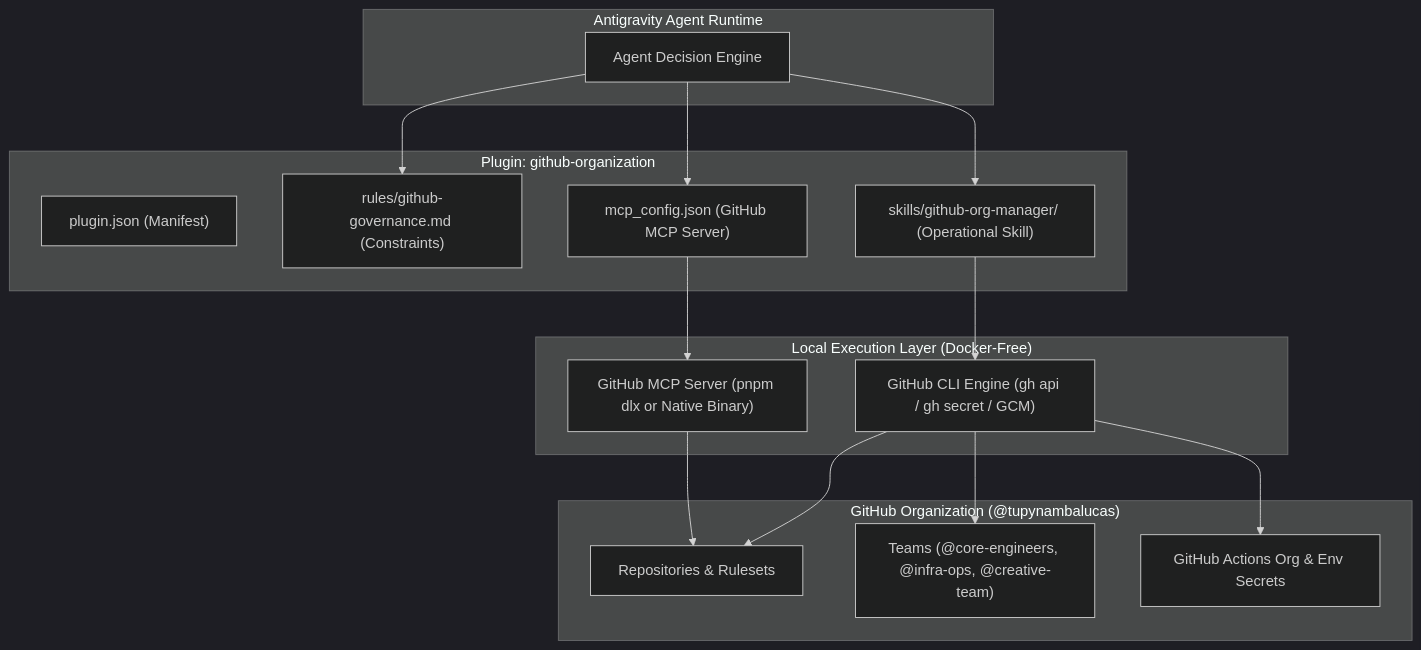
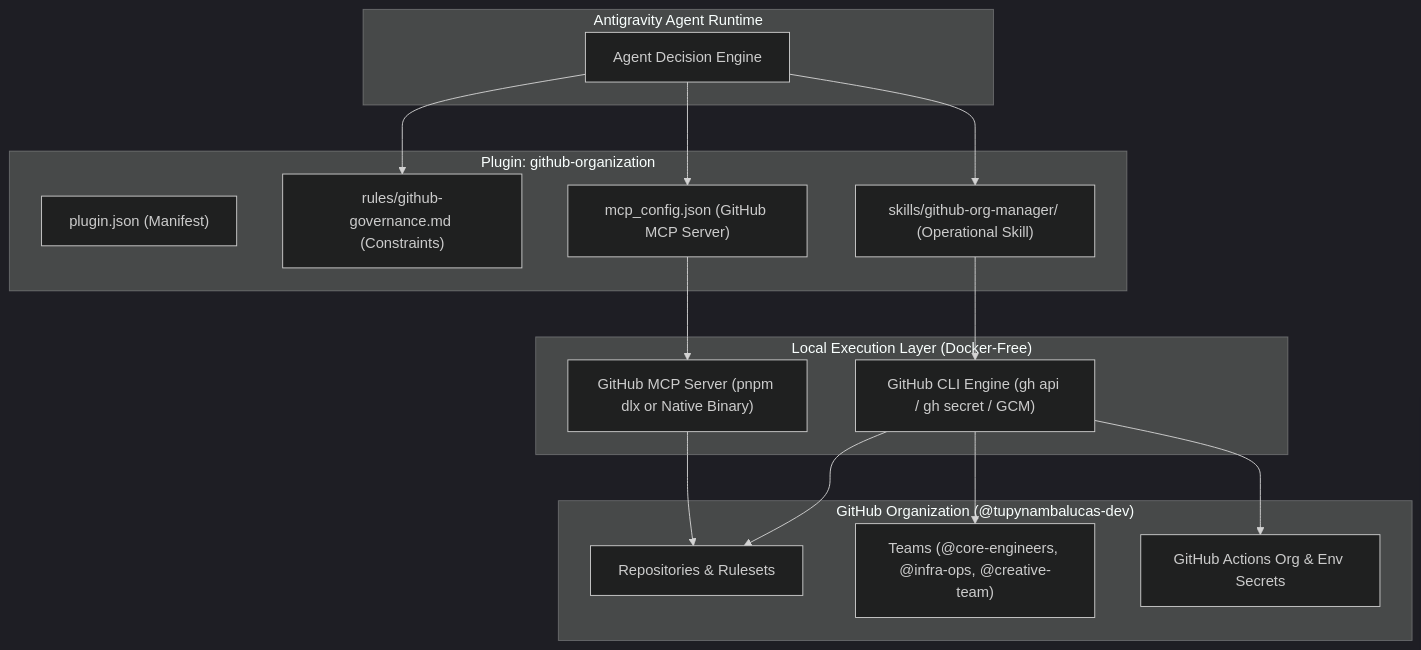
One commit to tupynambalucas-dev/.github changed the first of 3 diagrams in .agents/plans/enterprise-architecture/github-organization-plugin.md. Above: the diagram before and after it, drawn with Mermaid (dark theme). The commit also changed other lines of this file and 7 other files, not shown here.

First line of the commit message:
fix(governance): align organization identifiers to tupynambalucas-dev (#2)

````diff
--- a/.agents/plans/enterprise-architecture/github-organization-plugin.md
+++ b/.agents/plans/enterprise-architecture/github-organization-plugin.md
@@ -43,38 +43,38 @@
 ```mermaid
 flowchart TD
   direction TD
 
   subgraph AGENT["Antigravity Agent Runtime"]
     PROMPT["Agent Decision Engine"]
   end
 
   subgraph PLUGIN["Plugin: github-organization"]
     MANIFEST["plugin.json (Manifest)"]
     RULES["rules/github-governance.md (Constraints)"]
     MCP_CONF["mcp_config.json (GitHub MCP Server)"]
     SKILL["skills/github-org-manager/ (Operational Skill)"]
   end
 
   subgraph RUNTIME["Local Execution Layer (Docker-Free)"]
     MCP_SRV["GitHub MCP Server (pnpm dlx or Native Binary)"]
     GH_CLI["GitHub CLI Engine (gh api / gh secret / GCM)"]
   end
 
-  subgraph TARGET["GitHub Organization (@tupynambalucas)"]
+  subgraph TARGET["GitHub Organization (@tupynambalucas-dev)"]
     REPOS["Repositories & Rulesets"]
     TEAMS["Teams (@core-engineers, @infra-ops, @creative-team)"]
     SECRETS["GitHub Actions Org & Env Secrets"]
   end
 
   PROMPT --> RULES
   PROMPT --> MCP_CONF
   PROMPT --> SKILL
 
   MCP_CONF --> MCP_SRV
   SKILL --> GH_CLI
 
   MCP_SRV --> REPOS
   GH_CLI --> TEAMS
   GH_CLI --> SECRETS
   GH_CLI --> REPOS
 ```
````
